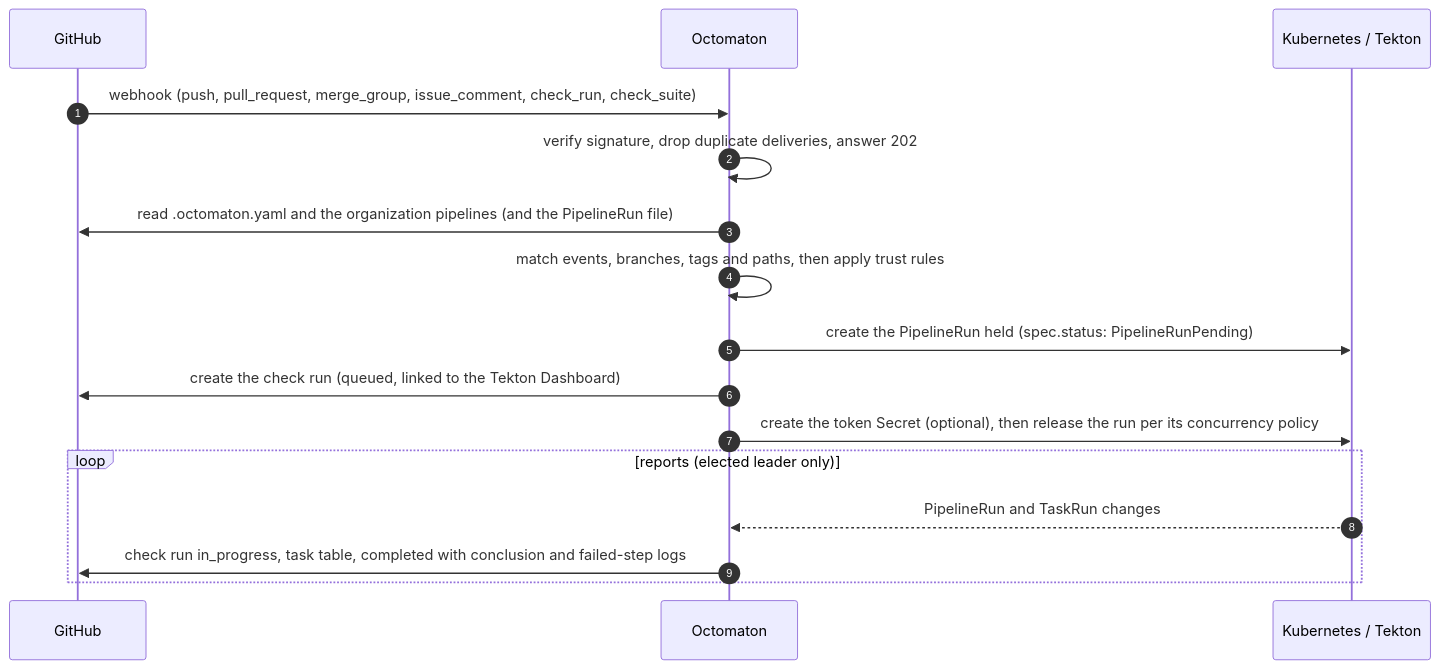
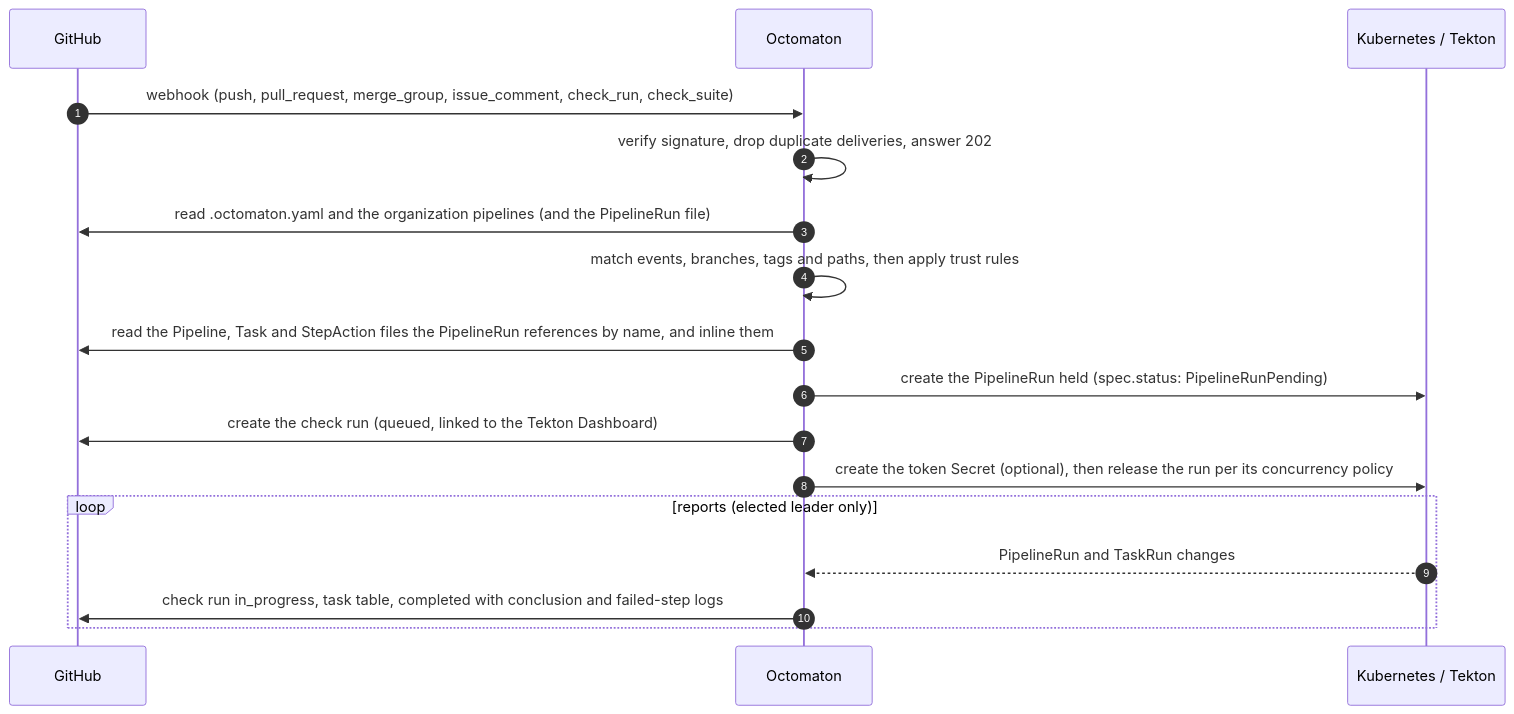
The diagram in README.md (arikkfir-org/octomaton), drawn with Mermaid before and after one commit. The commit also changed other lines of this file and 17 other files, not shown here.

First line of the commit message:
feat(runs): inline the Tekton files a PipelineRun references by name

````diff
--- a/README.md
+++ b/README.md
@@ -15,18 +16,19 @@
 ```mermaid
 sequenceDiagram
   autonumber
   participant GH as GitHub
   participant SB as Octomaton
   participant K8s as Kubernetes / Tekton
   GH->>SB: webhook (push, pull_request, merge_group, issue_comment, check_run, check_suite)
   SB->>SB: verify signature, drop duplicate deliveries, answer 202
   SB->>GH: read .octomaton.yaml and the organization pipelines (and the PipelineRun file)
   SB->>SB: match events, branches, tags and paths, then apply trust rules
+  SB->>GH: read the Pipeline, Task and StepAction files the PipelineRun references by name, and inline them
   SB->>K8s: create the PipelineRun held (spec.status: PipelineRunPending)
   SB->>GH: create the check run (queued, linked to the Tekton Dashboard)
   SB->>K8s: create the token Secret (optional), then release the run per its concurrency policy
   loop reports (elected leader only)
     K8s-->>SB: PipelineRun and TaskRun changes
     SB->>GH: check run in_progress, task table, completed with conclusion and failed-step logs
   end
 ```
````
